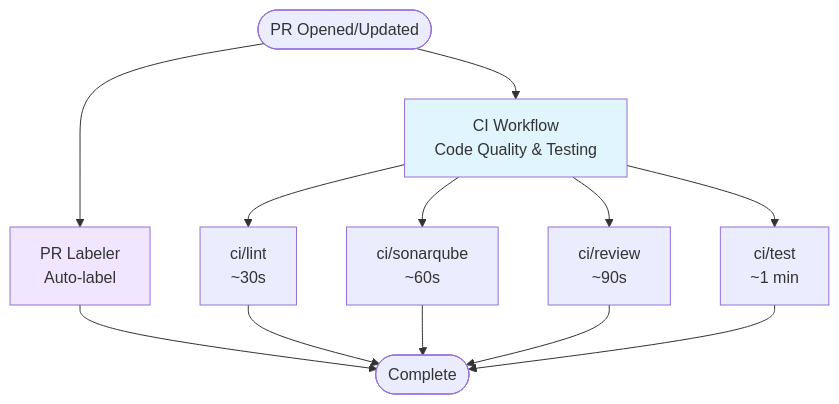
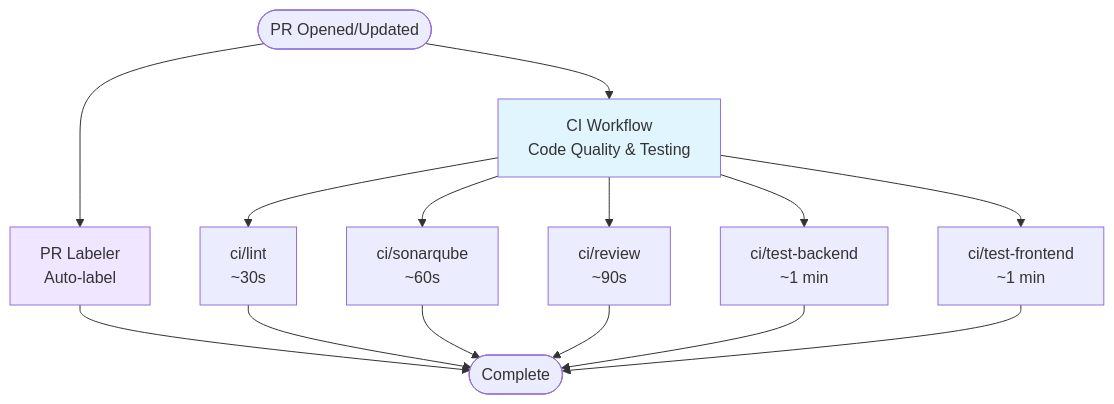
The diagram in docs/deployment.md (jalantechnologies/flask-react-template), drawn with Mermaid before and after one commit. The commit also changed other lines of this file and 1 other file, not shown here.

Commit message:
ci: run the frontend test suite in its own job (#743)
* ci: run the frontend test suite in its own job

* ci: rename backend test job to test-backend

---------

````diff
--- a/docs/deployment.md
+++ b/docs/deployment.md
@@ -138,21 +138,23 @@
 ```mermaid
 graph TB
     Start([PR Opened/Updated])
 
     Start --> CI[CI Workflow<br/>Code Quality & Testing]
     Start --> Label[PR Labeler<br/>Auto-label]
 
     CI --> Lint[ci/lint<br/>~30s]
     CI --> Sonar[ci/sonarqube<br/>~60s]
     CI --> Review[ci/review<br/>~90s]
-    CI --> Test[ci/test<br/>~1 min]
+    CI --> TestBackend[ci/test-backend<br/>~1 min]
+    CI --> TestFrontend[ci/test-frontend<br/>~1 min]
 
     Label --> End([Complete])
     Lint --> End
     Sonar --> End
     Review --> End
-    Test --> End
+    TestBackend --> End
+    TestFrontend --> End
 
     style CI fill:#e1f5ff
     style Label fill:#f0e6ff
 ```
````
